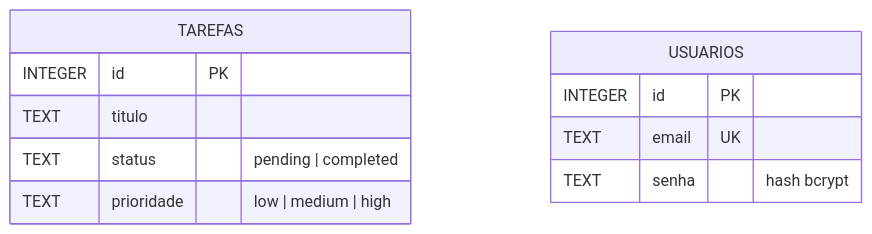
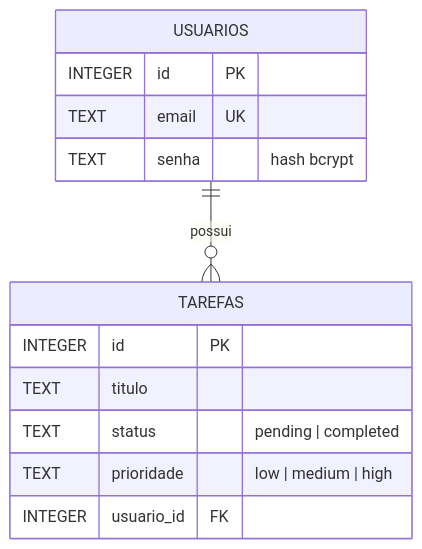
Before and after one commit to ThiagoBorsatto/gerenciador-de-tarefas: the first of 2 diagrams in README.md, drawn with Mermaid. The commit also changed other lines of this file and 2 other files, not shown here.

````diff
--- a/README.md
+++ b/README.md
@@ -155,14 +160,16 @@
 ```mermaid
 erDiagram
     TAREFAS {
         INTEGER id PK
         TEXT titulo
         TEXT status "pending | completed"
         TEXT prioridade "low | medium | high"
+        INTEGER usuario_id FK
     }
     USUARIOS {
         INTEGER id PK
         TEXT email UK
         TEXT senha "hash bcrypt"
     }
+    USUARIOS ||--o{ TAREFAS : "possui"
 ```
````
